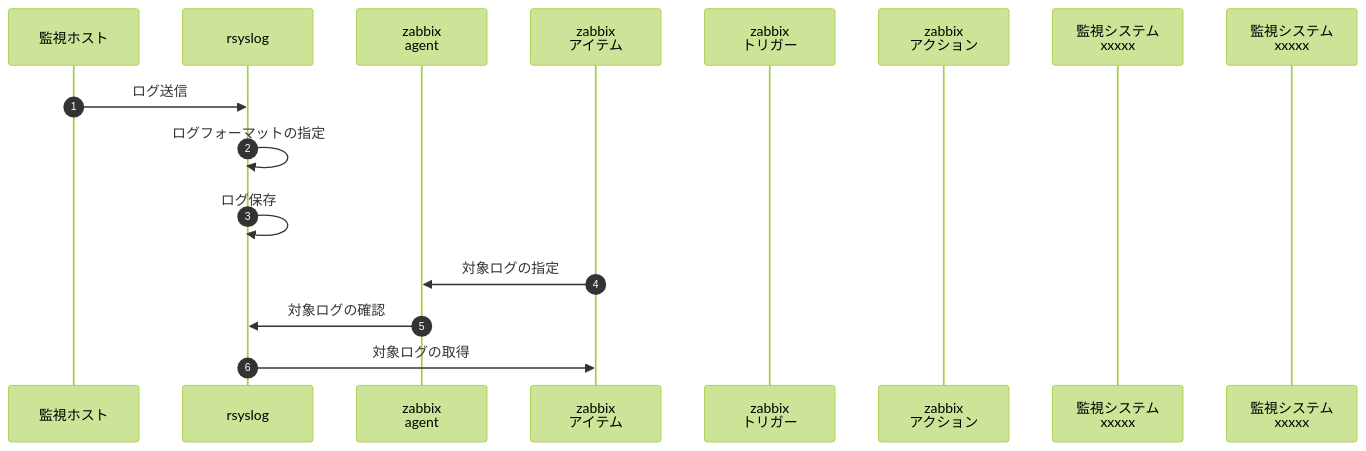
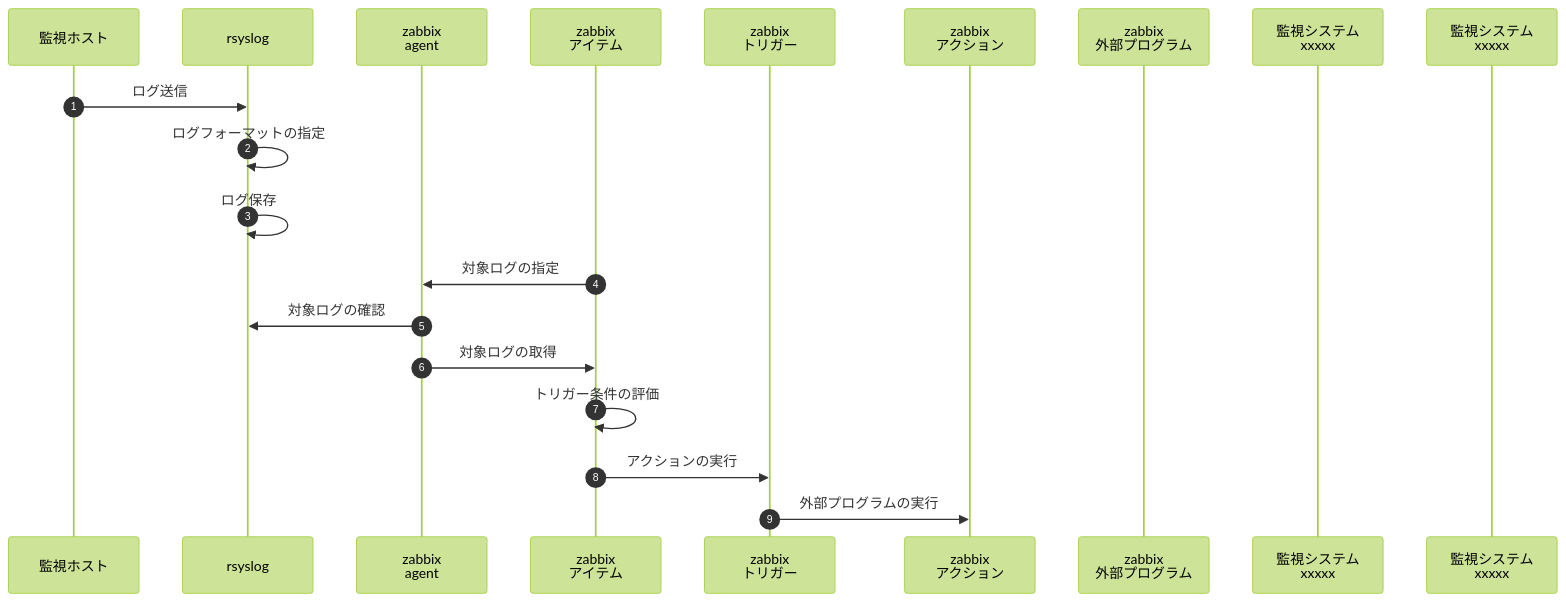
The second of 2 diagrams in README.md (panda-git-hub/handbook), drawn with Mermaid (forest theme) before and after one commit.

````diff
--- a/README.md
+++ b/README.md
@@ -21,18 +21,22 @@
 ```mermaid
 sequenceDiagram
   autonumber
   participant A as 監視ホスト
   participant B as rsyslog
   participant C as zabbix<br>agent
   participant D as zabbix<br>アイテム
   participant E as zabbix<br>トリガー
   participant F as zabbix<br>アクション
-  participant G as 監視システム<br>xxxxx
+  participant G as zabbix<br>外部プログラム
   participant H as 監視システム<br>xxxxx
+  participant I as 監視システム<br>xxxxx
   A->>B: ログ送信
   B->>B: ログフォーマットの指定
   B->>B: ログ保存
   D->>C: 対象ログの指定
   C->>B: 対象ログの確認
-  B->>D: 対象ログの取得
+  C->>D: 対象ログの取得
+  D->>D: トリガー条件の評価
+  D->>E: アクションの実行
+  E->>F: 外部プログラムの実行
 ```
````
